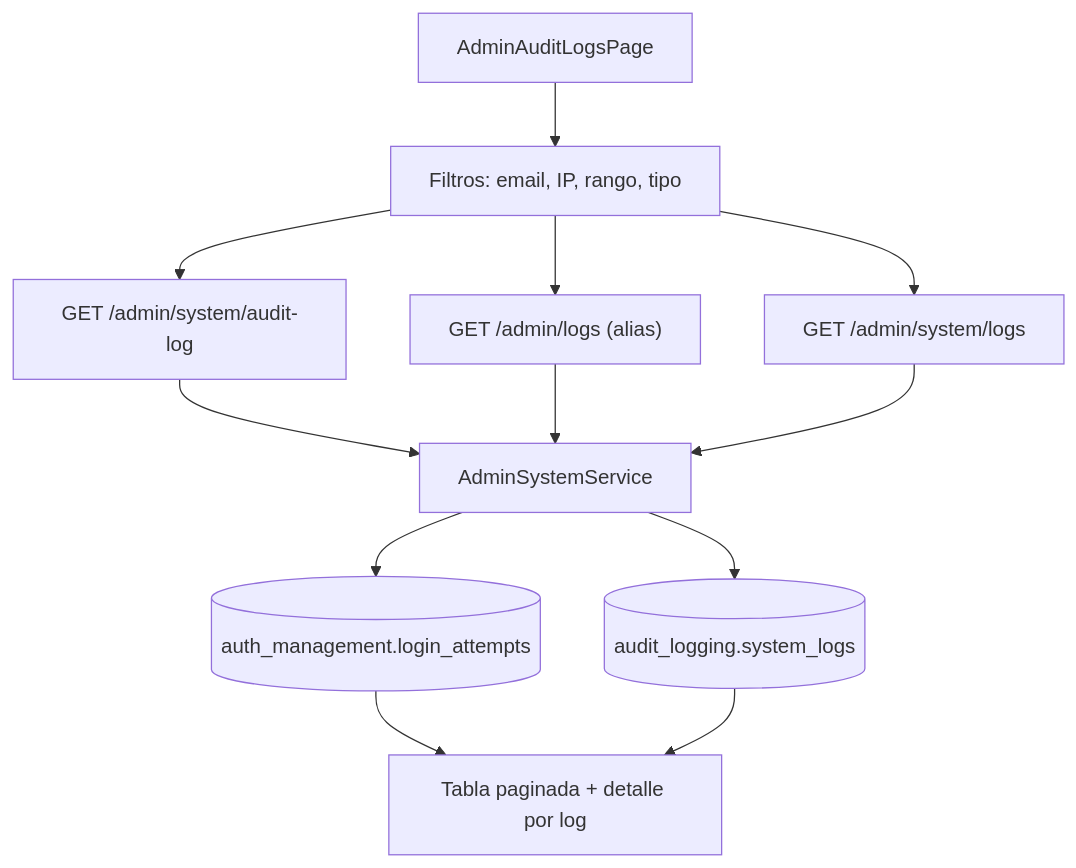
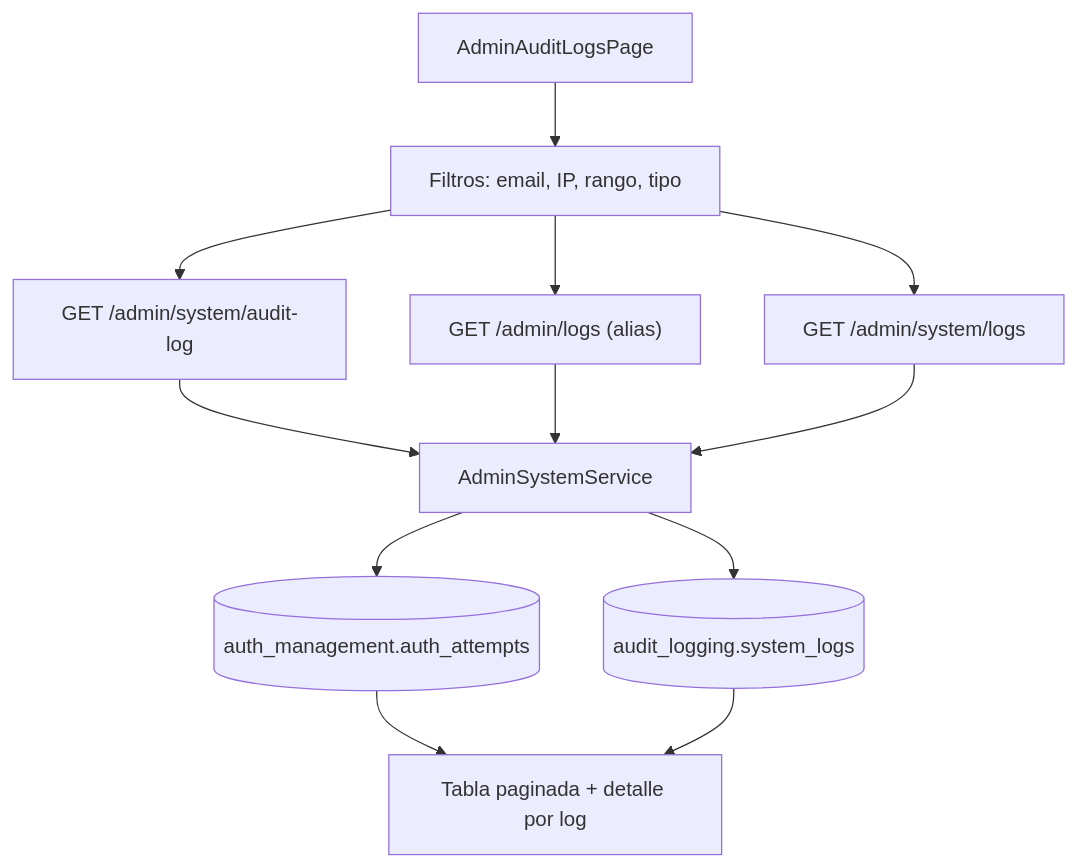
Before and after one commit to rckrdmrd/gamilit-workspace: the diagram in docs/30-ux-ui/flujos/admin/FLUJO-AUDIT-LOGS.md, drawn with Mermaid. The commit also changed other lines of this file and 638 other files, not shown here.

````diff
--- a/docs/30-ux-ui/flujos/admin/FLUJO-AUDIT-LOGS.md
+++ b/docs/30-ux-ui/flujos/admin/FLUJO-AUDIT-LOGS.md
@@ -22,14 +24,14 @@
 ```mermaid
 flowchart TD
     page[AdminAuditLogsPage] --> filters[Filtros: email, IP, rango, tipo]
     filters --> apiAudit["GET /admin/system/audit-log"]
     filters --> apiAlias["GET /admin/logs (alias)"]
     filters --> apiSysLogs["GET /admin/system/logs"]
     apiAudit --> service[AdminSystemService]
     apiAlias --> service
     apiSysLogs --> service
-    service --> dbLogin[(auth_management.login_attempts)]
+    service --> dbLogin[(auth_management.auth_attempts)]
     service --> dbSysLog[(audit_logging.system_logs)]
     dbLogin --> ui[Tabla paginada + detalle por log]
     dbSysLog --> ui
 ```
````
